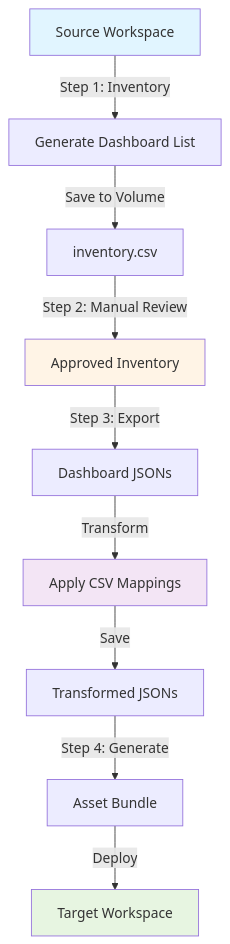
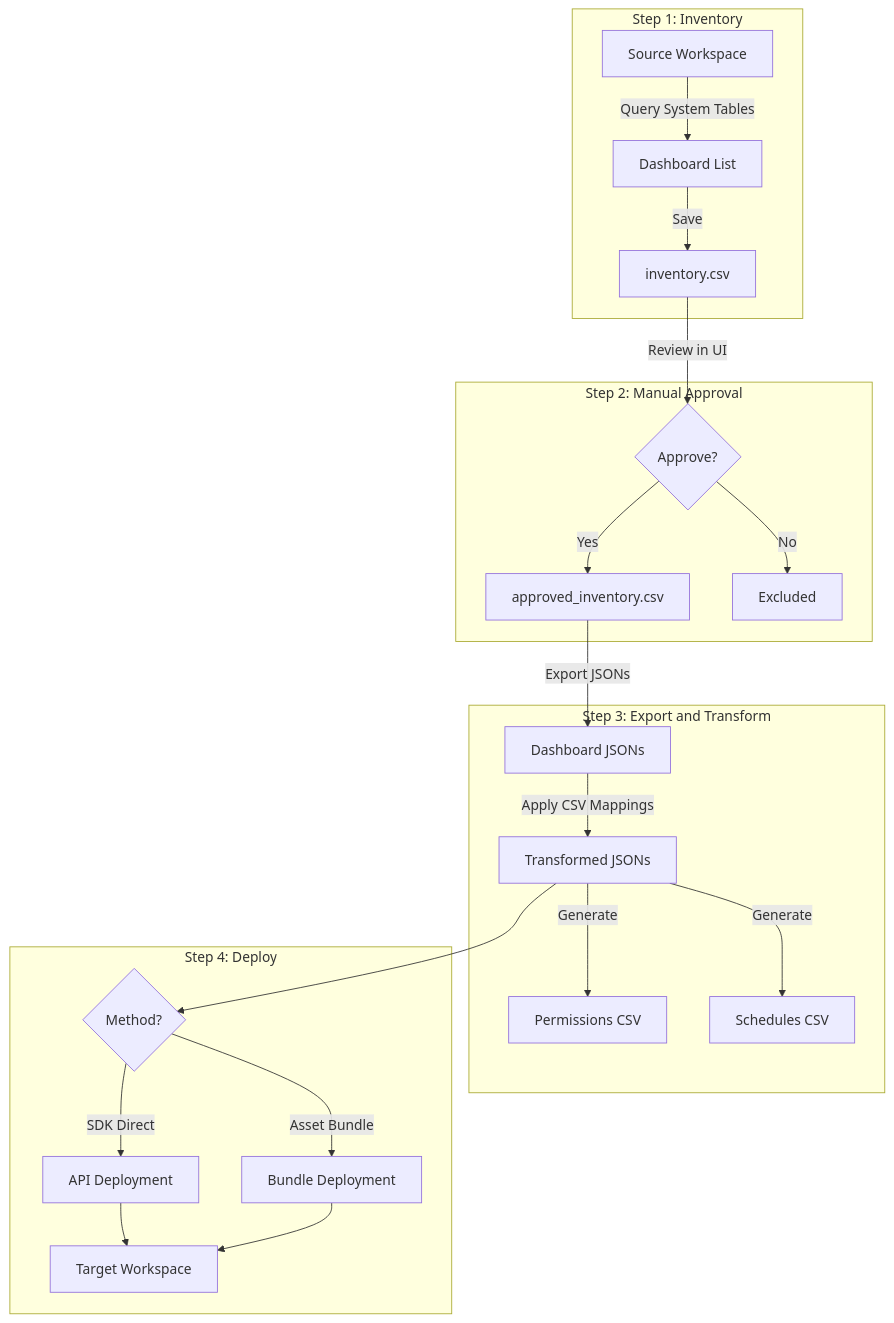
The diagram in README.md (archana986/databricks-dashboard-migration), drawn with Mermaid before and after one commit. The commit also changed other lines of this file, not shown here.

````diff
--- a/README.md
+++ b/README.md
@@ -59,16 +49,28 @@
 ```mermaid
 flowchart TD
-    A[Source Workspace] -->|Step 1: Inventory| B[Generate Dashboard List]
-    B -->|Save to Volume| C[inventory.csv]
-    C -->|Step 2: Manual Review| D[Approved Inventory]
-    D -->|Step 3: Export| E[Dashboard JSONs]
-    E -->|Transform| F[Apply CSV Mappings]
-    F -->|Save| G[Transformed JSONs]
-    G -->|Step 4: Generate| H[Asset Bundle]
-    H -->|Deploy| I[Target Workspace]
+    subgraph step1 [Step 1: Inventory]
+        A[Source Workspace] -->|Query System Tables| B[Dashboard List]
+        B -->|Save| C[inventory.csv]
+    end
     
-    style A fill:#e1f5ff
-    style I fill:#e7f5e1
-    style D fill:#fff4e6
-    style F fill:#f3e5f5
+    subgraph step2 [Step 2: Manual Approval]
+        C -->|Review in UI| D{Approve?}
+        D -->|Yes| E[approved_inventory.csv]
+        D -->|No| F[Excluded]
+    end
+    
+    subgraph step3 [Step 3: Export and Transform]
+        E -->|Export JSONs| G[Dashboard JSONs]
+        G -->|Apply CSV Mappings| H[Transformed JSONs]
+        H -->|Generate| I[Permissions CSV]
+        H -->|Generate| J[Schedules CSV]
+    end
+    
+    subgraph step4 [Step 4: Deploy]
+        H --> K{Method?}
+        K -->|SDK Direct| L[API Deployment]
+        K -->|Asset Bundle| M[Bundle Deployment]
+        L --> N[Target Workspace]
+        M --> N
+    end
 ```
````
